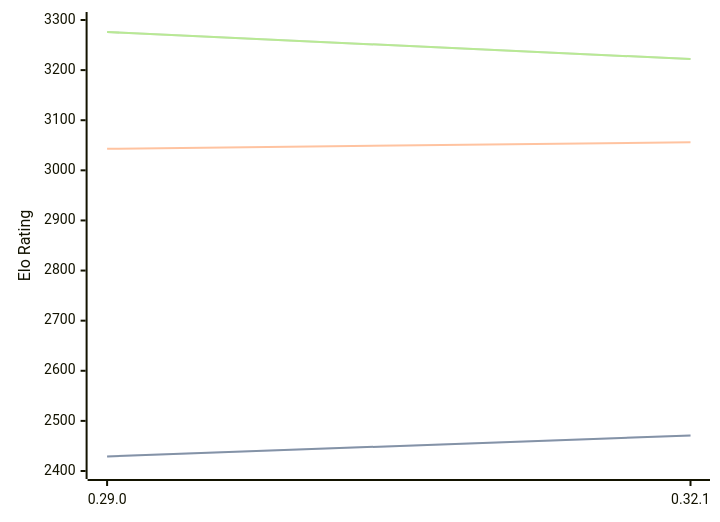
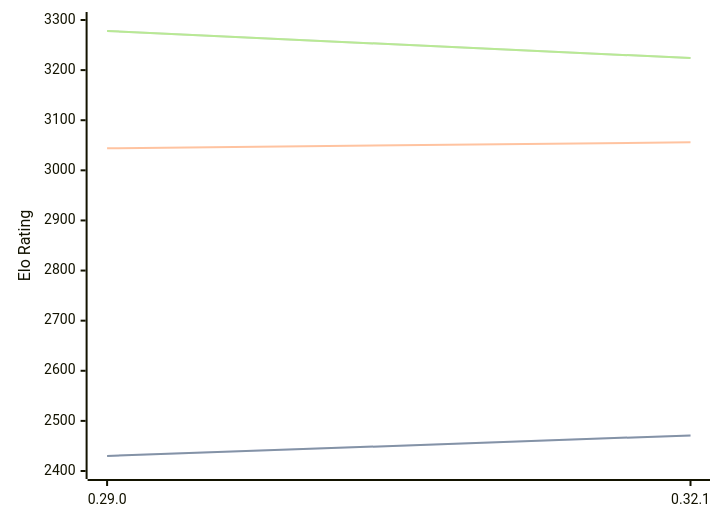
The diagram in engines/Lc0.md (computer-chess-index/cci), drawn with Mermaid before and after one commit. The commit also changed other lines of this file, not shown here.

Commit message:
Update CCI Ratings (ELO VLTC) - 2026-05-12

````diff
--- a/engines/Lc0.md
+++ b/engines/Lc0.md
@@ -68,11 +68,11 @@
 ```mermaid
 %%{init: {"theme":"base","themeVariables":{"seriesColors:['#a3a3a3','#222221','#faa371']}}}%%
 xychart-beta
   x-axis ["0.29.0", "0.32.1"]
   y-axis "Elo Rating" 2400 --> 3300
-  line "STC (8.0+0.08s)" [2429, 2471]
-  line "STC (8.0+0.08s)" [2429, 2471]
-  line "LTC (60.0+0.60s)" [3043, 3056]
-  line "VLTC (2m24s+1.12s)" [3276, 3222]
-  line "VLTC (2m24s+1.12s)" [3276, 3222]
+  line "STC (8.0+0.08s)" [2430, 2471]
+  line "STC (8.0+0.08s)" [2430, 2471]
+  line "LTC (60.0+0.60s)" [3044, 3056]
+  line "VLTC (2m24s+1.12s)" [3278, 3224]
+  line "VLTC (2m24s+1.12s)" [3278, 3224]
 ```
````
